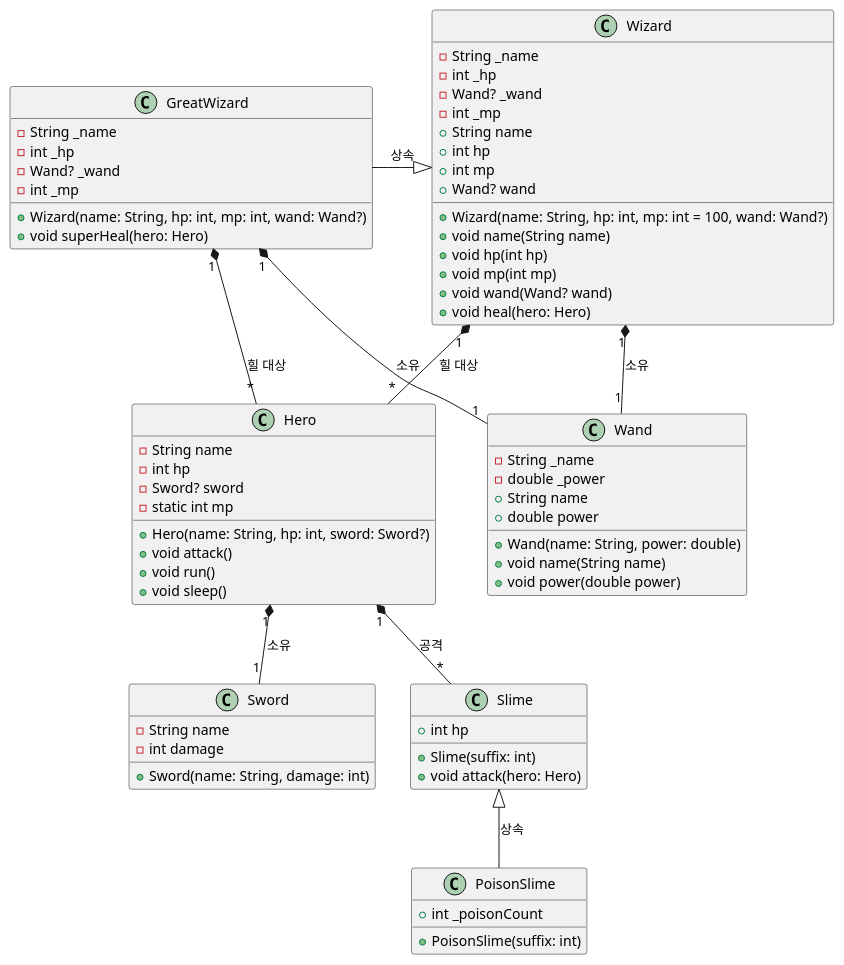
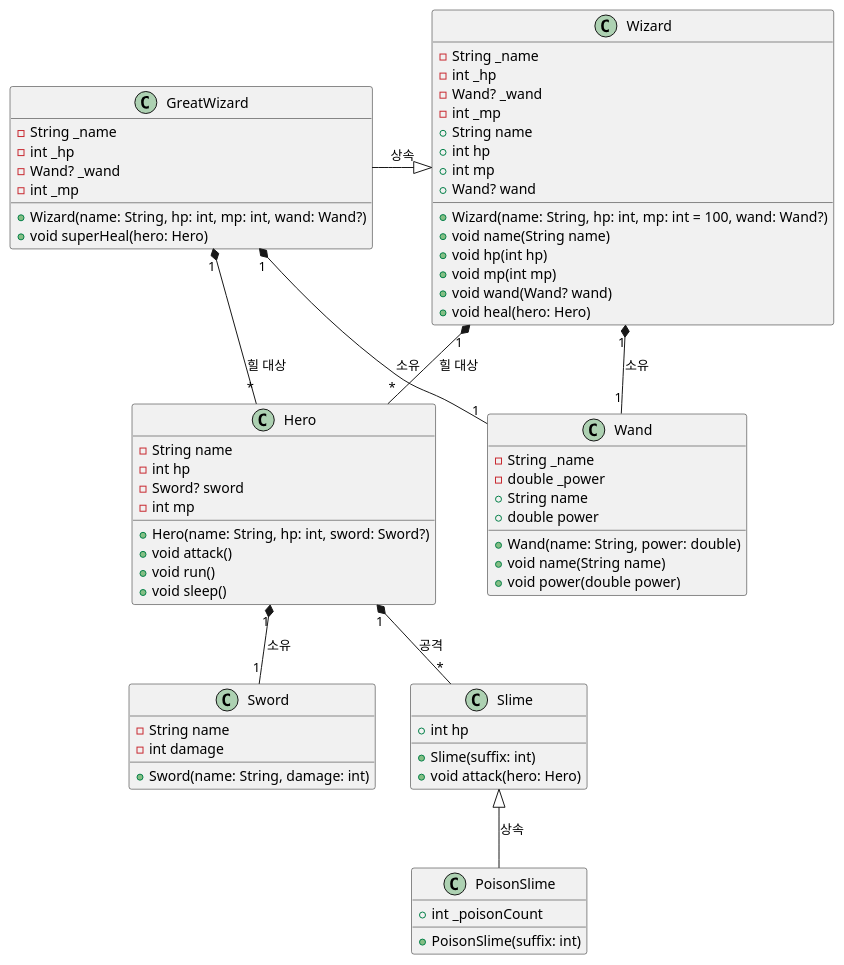
Before and after one commit to SurvivalCodingCampus/modu-3-dart-study: the diagram in assignments/2025-03-18/assignments_uml.wsd, drawn with PlantUML.

Commit message:
FIX: assignments_uml.wsd

```diff
--- a/assignments/2025-03-18/assignments_uml.wsd
+++ b/assignments/2025-03-18/assignments_uml.wsd
@@ -1,87 +1,81 @@
 @startuml
 
-' Hero 클래스
 class Hero {
   - String name
   - int hp
   - Sword? sword
-  - static int mp
+  - int mp
   + Hero(name: String, hp: int, sword: Sword?)
   + void attack()
   + void run()
   + void sleep()
 }
 
-' Sword 클래스
 class Sword {
   - String name
   - int damage
   + Sword(name: String, damage: int)
 }
 
-' Slime 클래스
 class Slime {
   + int hp
   + Slime(suffix: int)
   + void attack(hero: Hero)
 }
 
-' PoisonSlime 클래스
 class PoisonSlime {
   + int _poisonCount
   + PoisonSlime(suffix: int)
 }
 
 
 class Wizard {
   - String _name
   - int _hp
   - Wand? _wand
   - int _mp
   + Wizard(name: String, hp: int, mp: int = 100, wand: Wand?)
   + String name
   + int hp
   + int mp
   + Wand? wand
   + void name(String name)
   + void hp(int hp)
   + void mp(int mp)
   + void wand(Wand? wand)
   + void heal(hero: Hero)
 }
 
-' Wand 클래스
 class Wand {
   - String _name
   - double _power
   + Wand(name: String, power: double)
   + String name
   + double power
   + void name(String name)
   + void power(double power)
 }
 
 
-' GreatWizard 클래스
 class GreatWizard {
   - String _name
   - int _hp
   - Wand? _wand
   - int _mp
   + Wizard(name: String, hp: int, mp: int, wand: Wand?)
   + void superHeal(hero: Hero)
 }
 
 ' 관계 정의
 
 Hero "1" *-- "1" Sword : 소유
 Hero "1" *-- "*" Slime : 공격
 Slime <|-- PoisonSlime : 상속
 GreatWizard -|> Wizard : 상속
 Wizard "1" *-- "1" Wand : 소유
 Wizard "1" *-- "*" Hero : 힐 대상
 GreatWizard "1" *-- "1" Wand : 소유
 GreatWizard "1" *-- "*" Hero : 힐 대상
 
 
 @enduml
```
